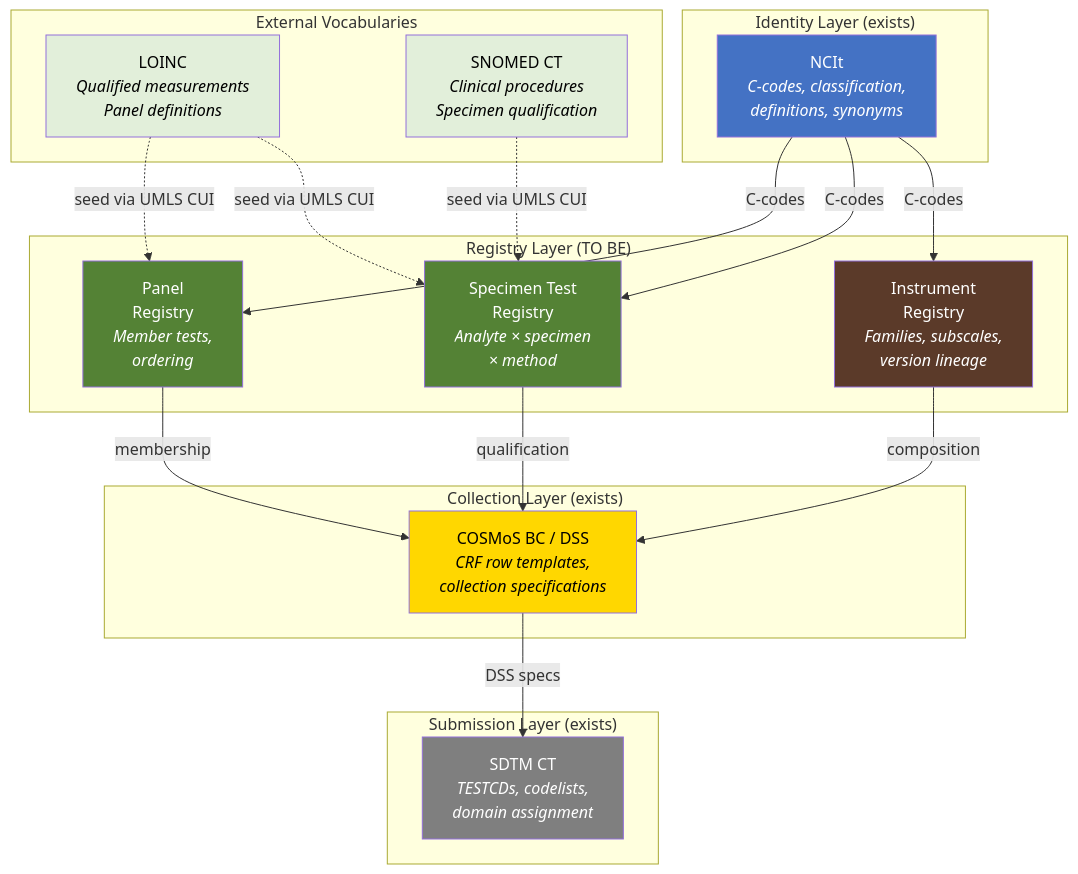
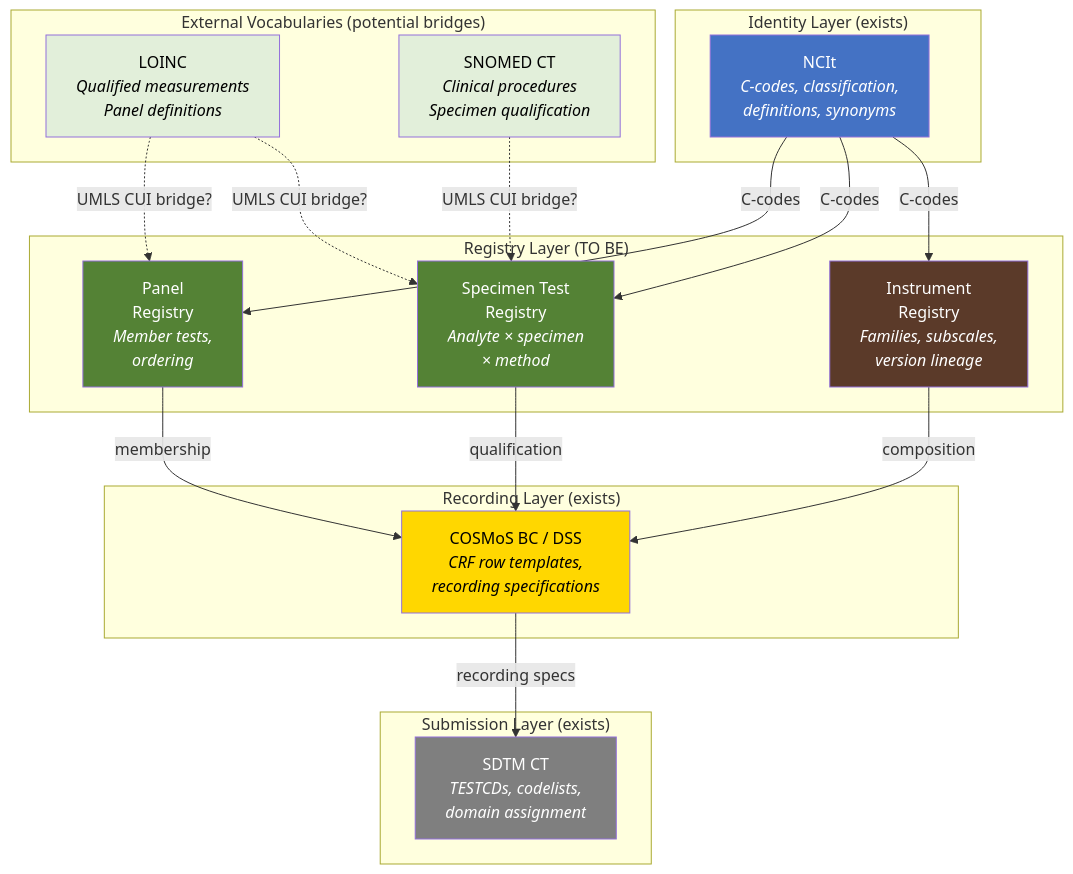
One commit to kerfors/cdisc-for-ai changed the diagram in coa-structure/docs/Registry_Gap_Analysis.md. Above: the diagram before and after it, drawn with Mermaid. The commit also changed other lines of this file and 4 other files, not shown here.

````diff
--- a/coa-structure/docs/Registry_Gap_Analysis.md
+++ b/coa-structure/docs/Registry_Gap_Analysis.md
@@ -129,45 +129,45 @@
 ```mermaid
 graph TB
-    subgraph External["External Vocabularies"]
+    subgraph External["External Vocabularies (potential bridges)"]
         LOINC["LOINC<br/><i>Qualified measurements<br/>Panel definitions</i>"]
         SNOMED["SNOMED CT<br/><i>Clinical procedures<br/>Specimen qualification</i>"]
     end
 
     subgraph CDISC_Identity["Identity Layer (exists)"]
         NCIt["NCIt<br/><i>C-codes, classification,<br/>definitions, synonyms</i>"]
     end
 
     subgraph Registry["Registry Layer (TO BE)"]
         IR["Instrument<br/>Registry<br/><i>Families, subscales,<br/>version lineage</i>"]
         TR["Specimen Test<br/>Registry<br/><i>Analyte × specimen<br/>× method</i>"]
         PR["Panel<br/>Registry<br/><i>Member tests,<br/>ordering</i>"]
     end
 
-    subgraph Collection["Collection Layer (exists)"]
-        COSMoS["COSMoS BC / DSS<br/><i>CRF row templates,<br/>collection specifications</i>"]
+    subgraph Recording["Recording Layer (exists)"]
+        COSMoS["COSMoS BC / DSS<br/><i>CRF row templates,<br/>recording specifications</i>"]
     end
 
     subgraph Submission["Submission Layer (exists)"]
         SDTM["SDTM CT<br/><i>TESTCDs, codelists,<br/>domain assignment</i>"]
     end
 
     NCIt -->|"C-codes"| IR
     NCIt -->|"C-codes"| TR
     NCIt -->|"C-codes"| PR
-    LOINC -.->|"seed via UMLS CUI"| TR
-    LOINC -.->|"seed via UMLS CUI"| PR
-    SNOMED -.->|"seed via UMLS CUI"| TR
+    LOINC -.->|"UMLS CUI bridge?"| TR
+    LOINC -.->|"UMLS CUI bridge?"| PR
+    SNOMED -.->|"UMLS CUI bridge?"| TR
     IR -->|"composition"| COSMoS
     TR -->|"qualification"| COSMoS
     PR -->|"membership"| COSMoS
-    COSMoS -->|"DSS specs"| SDTM
+    COSMoS -->|"recording specs"| SDTM
 
     style IR fill:#5B3A29,color:#fff
     style TR fill:#548235,color:#fff
     style PR fill:#548235,color:#fff
     style NCIt fill:#4472C4,color:#fff
     style COSMoS fill:#FFD700,color:#000
     style SDTM fill:#7F7F7F,color:#fff
     style LOINC fill:#E2EFDA,color:#000
     style SNOMED fill:#E2EFDA,color:#000
 ```
````
